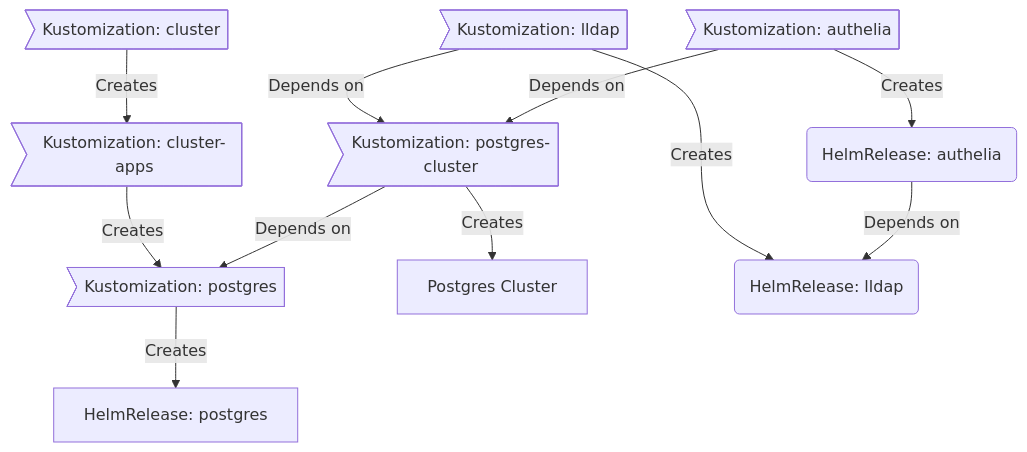
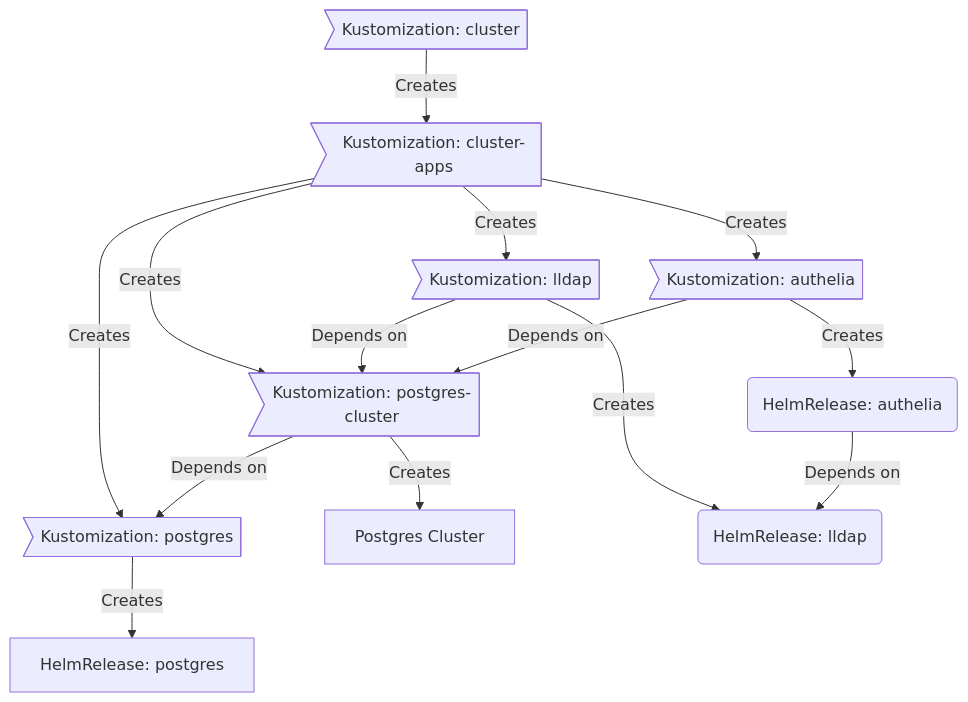
Before and after one commit to onedr0p/home-ops: the diagram in README.md, drawn with Mermaid.

Commit message:
chore: update :mermaid: flux graph

````diff
--- a/README.md
+++ b/README.md
@@ -82,13 +82,16 @@
 ```mermaid
 graph TD;
   id1>Kustomization: cluster] -->|Creates| id2>Kustomization: cluster-apps];
   id2>Kustomization: cluster-apps] -->|Creates| id3>Kustomization: postgres];
+  id2>Kustomization: cluster-apps] -->|Creates| id6>Kustomization: lldap]
+  id2>Kustomization: cluster-apps] -->|Creates| id8>Kustomization: authelia]
+  id2>Kustomization: cluster-apps] -->|Creates| id5>Kustomization: postgres-cluster]
   id3>Kustomization: postgres] -->|Creates| id4[HelmRelease: postgres];
   id5>Kustomization: postgres-cluster] -->|Depends on| id3>Kustomization: postgres];
   id5>Kustomization: postgres-cluster] -->|Creates| id10[Postgres Cluster];
   id6>Kustomization: lldap] -->|Creates| id7(HelmRelease: lldap);
   id6>Kustomization: lldap] -->|Depends on| id5>Kustomization: postgres-cluster];
   id8>Kustomization: authelia] -->|Creates| id9(HelmRelease: authelia);
   id8>Kustomization: authelia] -->|Depends on| id5>Kustomization: postgres-cluster];
   id9(HelmRelease: authelia) -->|Depends on| id7(HelmRelease: lldap);
 ```
````
